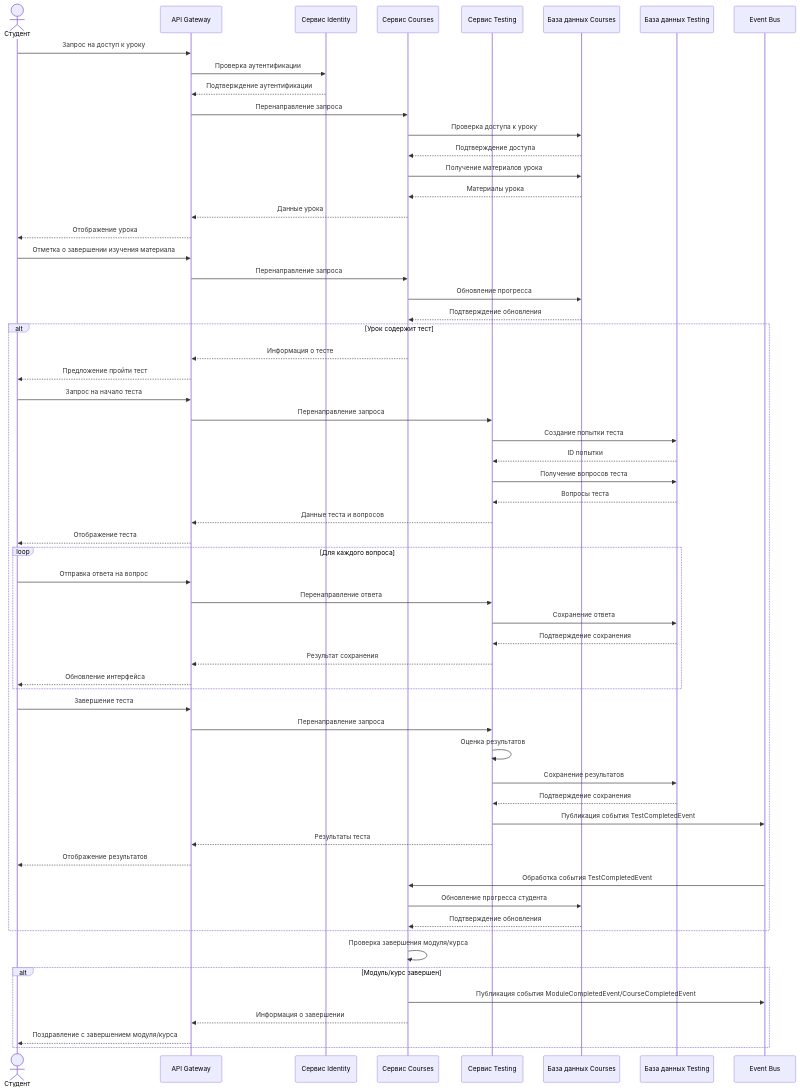
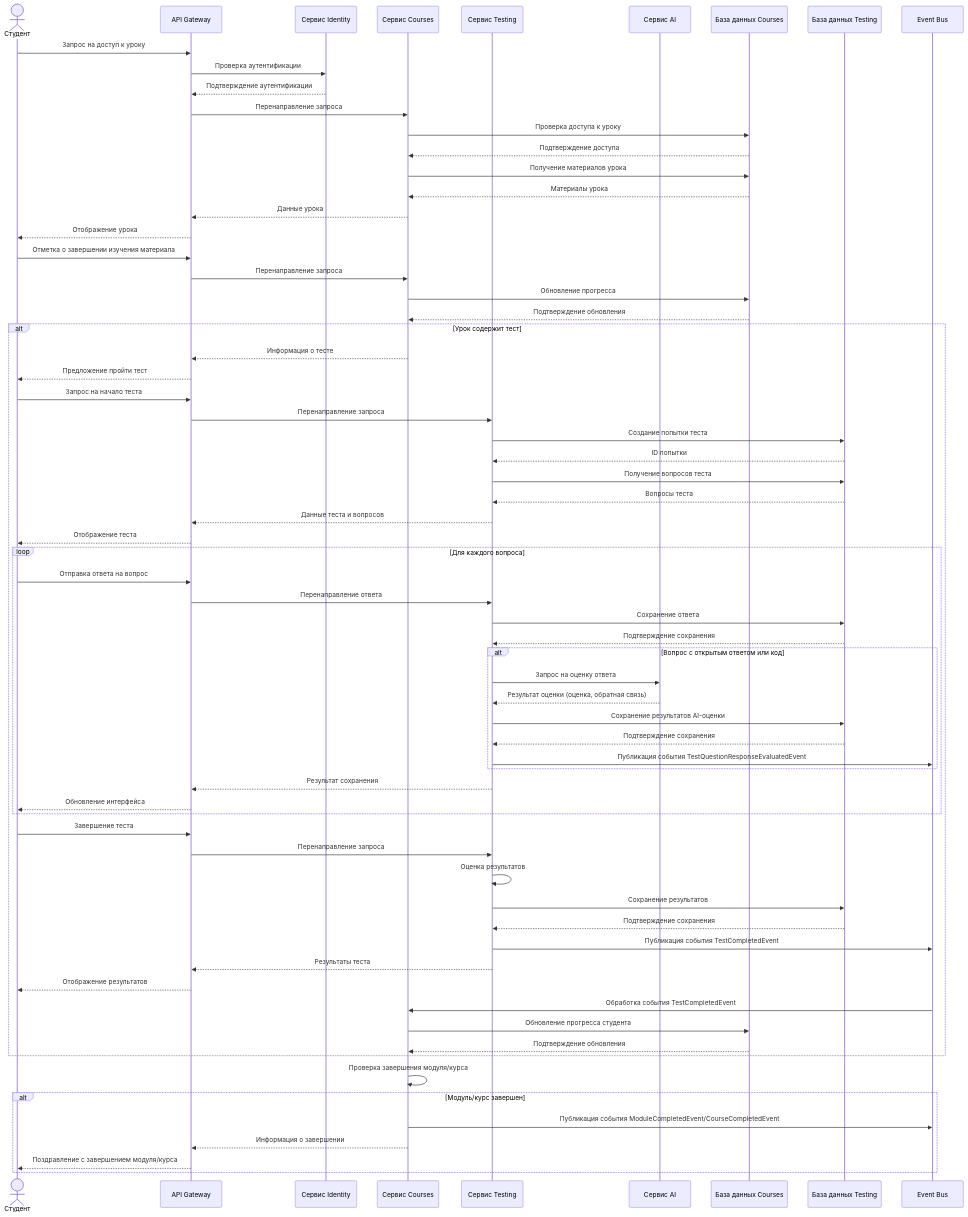
One commit to romzes200677/claude37 changed the fourth of 9 diagrams in docs/sequence_diagrams.md. Above: the diagram before and after it, drawn with Mermaid. The commit also changed other lines of this file and 154 other files, not shown here.

````diff
--- a/docs/sequence_diagrams.md
+++ b/docs/sequence_diagrams.md
@@ -184,70 +185,80 @@
 ```mermaid
 sequenceDiagram
     actor Student as Студент
     participant Gateway as API Gateway
     participant Identity as Сервис Identity
     participant Courses as Сервис Courses
     participant Testing as Сервис Testing
+    participant AI as Сервис AI
     participant CoursesDB as База данных Courses
     participant TestingDB as База данных Testing
     participant EventBus as Event Bus
     
     Student->>Gateway: Запрос на доступ к уроку
     Gateway->>Identity: Проверка аутентификации
     Identity-->>Gateway: Подтверждение аутентификации
     Gateway->>Courses: Перенаправление запроса
     Courses->>CoursesDB: Проверка доступа к уроку
     CoursesDB-->>Courses: Подтверждение доступа
     Courses->>CoursesDB: Получение материалов урока
     CoursesDB-->>Courses: Материалы урока
     Courses-->>Gateway: Данные урока
     Gateway-->>Student: Отображение урока
     
     Student->>Gateway: Отметка о завершении изучения материала
     Gateway->>Courses: Перенаправление запроса
     Courses->>CoursesDB: Обновление прогресса
     CoursesDB-->>Courses: Подтверждение обновления
     
     alt Урок содержит тест
         Courses-->>Gateway: Информация о тесте
         Gateway-->>Student: Предложение пройти тест
         Student->>Gateway: Запрос на начало теста
         Gateway->>Testing: Перенаправление запроса
         Testing->>TestingDB: Создание попытки теста
         TestingDB-->>Testing: ID попытки
         Testing->>TestingDB: Получение вопросов теста
         TestingDB-->>Testing: Вопросы теста
         Testing-->>Gateway: Данные теста и вопросов
         Gateway-->>Student: Отображение теста
         
         loop Для каждого вопроса
             Student->>Gateway: Отправка ответа на вопрос
             Gateway->>Testing: Перенаправление ответа
             Testing->>TestingDB: Сохранение ответа
             TestingDB-->>Testing: Подтверждение сохранения
+            
+            alt Вопрос с открытым ответом или код
+                Testing->>AI: Запрос на оценку ответа
+                AI-->>Testing: Результат оценки (оценка, обратная связь)
+                Testing->>TestingDB: Сохранение результатов AI-оценки
+                TestingDB-->>Testing: Подтверждение сохранения
+                Testing->>EventBus: Публикация события TestQuestionResponseEvaluatedEvent
+            end
+            
             Testing-->>Gateway: Результат сохранения
             Gateway-->>Student: Обновление интерфейса
         end
         
         Student->>Gateway: Завершение теста
         Gateway->>Testing: Перенаправление запроса
         Testing->>Testing: Оценка результатов
         Testing->>TestingDB: Сохранение результатов
         TestingDB-->>Testing: Подтверждение сохранения
         Testing->>EventBus: Публикация события TestCompletedEvent
         Testing-->>Gateway: Результаты теста
         Gateway-->>Student: Отображение результатов
         
         EventBus->>Courses: Обработка события TestCompletedEvent
         Courses->>CoursesDB: Обновление прогресса студента
         CoursesDB-->>Courses: Подтверждение обновления
     end
     
     Courses->>Courses: Проверка завершения модуля/курса
     
     alt Модуль/курс завершен
         Courses->>EventBus: Публикация события ModuleCompletedEvent/CourseCompletedEvent
         Courses-->>Gateway: Информация о завершении
         Gateway-->>Student: Поздравление с завершением модуля/курса
     end
 ```
````
